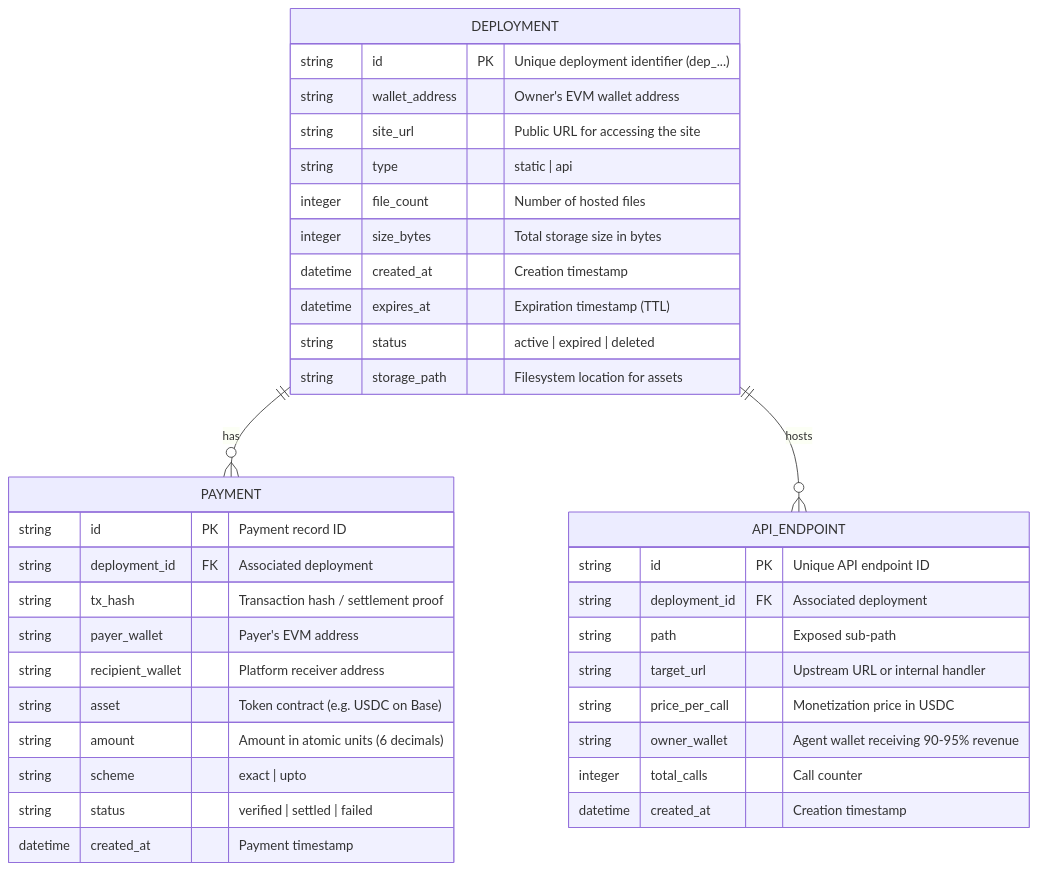
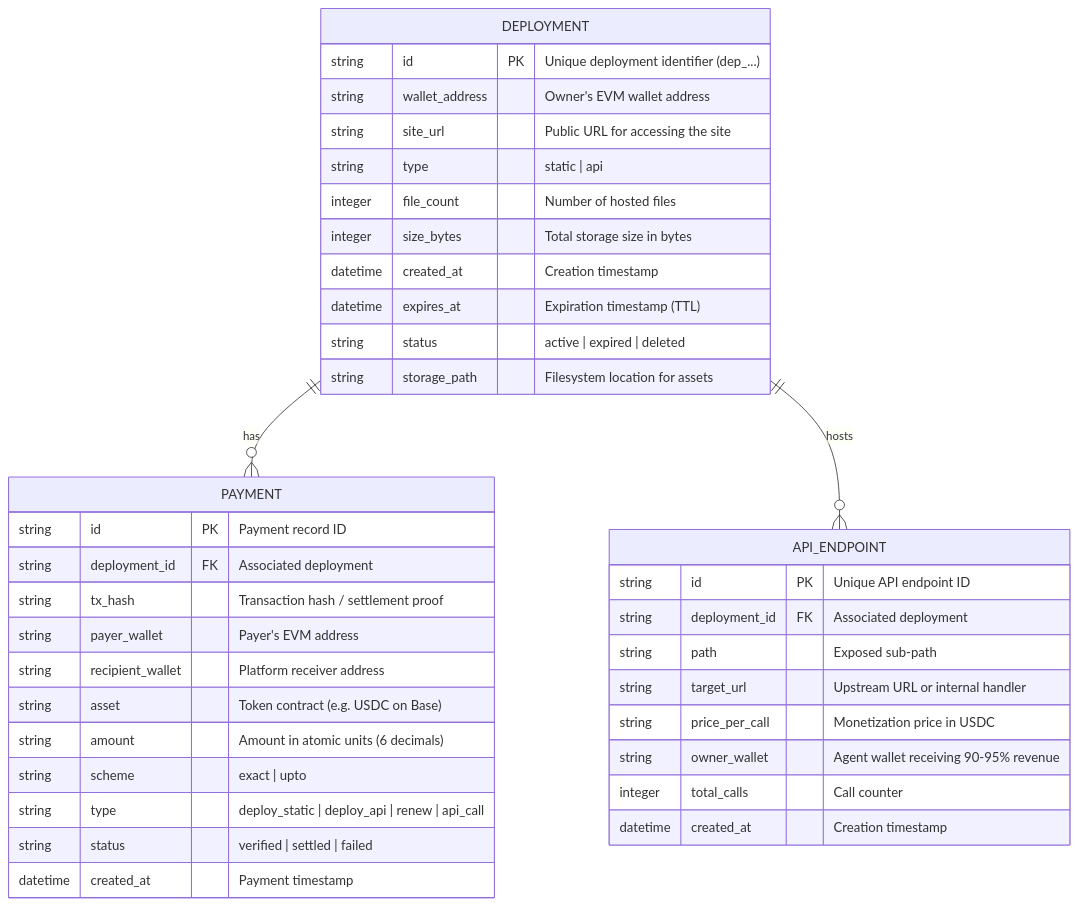
One commit to drpjohnson/host402 changed the first of 2 diagrams in docs/PROJECT_DOCUMENTATION.md. Above: the diagram before and after it, drawn with Mermaid. The commit also changed other lines of this file and 7 other files, not shown here.

````diff
--- a/docs/PROJECT_DOCUMENTATION.md
+++ b/docs/PROJECT_DOCUMENTATION.md
@@ -15,39 +15,40 @@
 ```mermaid
 erDiagram
     DEPLOYMENT ||--o{ PAYMENT : has
     DEPLOYMENT ||--o{ API_ENDPOINT : hosts
     DEPLOYMENT {
         string id PK "Unique deployment identifier (dep_...)"
         string wallet_address "Owner's EVM wallet address"
         string site_url "Public URL for accessing the site"
         string type "static | api"
         integer file_count "Number of hosted files"
         integer size_bytes "Total storage size in bytes"
         datetime created_at "Creation timestamp"
         datetime expires_at "Expiration timestamp (TTL)"
         string status "active | expired | deleted"
         string storage_path "Filesystem location for assets"
     }
     PAYMENT {
         string id PK "Payment record ID"
         string deployment_id FK "Associated deployment"
         string tx_hash "Transaction hash / settlement proof"
         string payer_wallet "Payer's EVM address"
         string recipient_wallet "Platform receiver address"
         string asset "Token contract (e.g. USDC on Base)"
         string amount "Amount in atomic units (6 decimals)"
         string scheme "exact | upto"
+        string type "deploy_static | deploy_api | renew | api_call"
         string status "verified | settled | failed"
         datetime created_at "Payment timestamp"
     }
     API_ENDPOINT {
         string id PK "Unique API endpoint ID"
         string deployment_id FK "Associated deployment"
         string path "Exposed sub-path"
         string target_url "Upstream URL or internal handler"
         string price_per_call "Monetization price in USDC"
         string owner_wallet "Agent wallet receiving 90-95% revenue"
         integer total_calls "Call counter"
         datetime created_at "Creation timestamp"
     }
 ```
````
